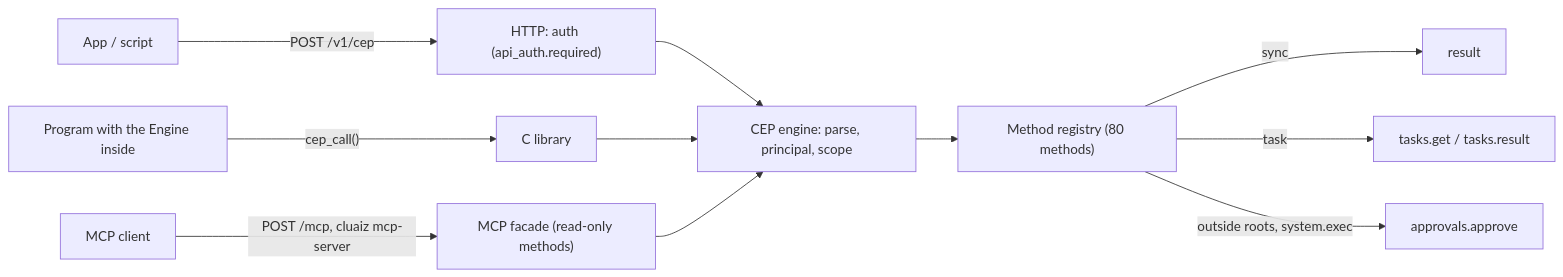
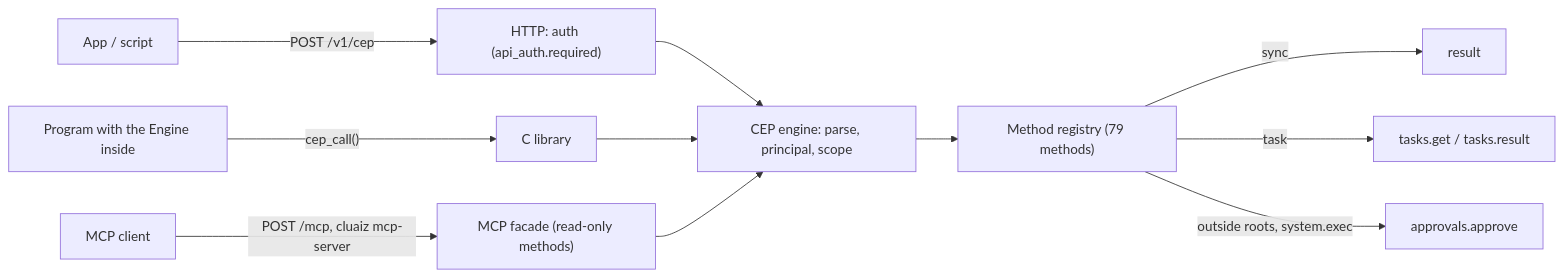
Before and after one commit to cluaiz/cluaiz: the first of 2 diagrams in docs/api/cep/README.md, drawn with Mermaid. The commit also changed other lines of this file and 41 other files, not shown here.

````diff
--- a/docs/api/cep/README.md
+++ b/docs/api/cep/README.md
@@ -23,13 +23,13 @@
 ```mermaid
 flowchart LR
     App["App / script"] -->|"POST /v1/cep"| HTTP["HTTP: auth (api_auth.required)"]
     Lib["Program with the Engine inside"] -->|"cep_call()"| FFI["C library"]
     MCPC["MCP client"] -->|"POST /mcp, cluaiz mcp-server"| MCP["MCP facade (read-only methods)"]
     HTTP --> Engine["CEP engine: parse, principal, scope"]
     FFI --> Engine
     MCP --> Engine
-    Engine --> Registry["Method registry (80 methods)"]
+    Engine --> Registry["Method registry (79 methods)"]
     Registry -->|"sync"| Result["result"]
     Registry -->|"task"| Tasks["tasks.get / tasks.result"]
     Registry -->|"outside roots, system.exec"| Approvals["approvals.approve"]
 ```
````
